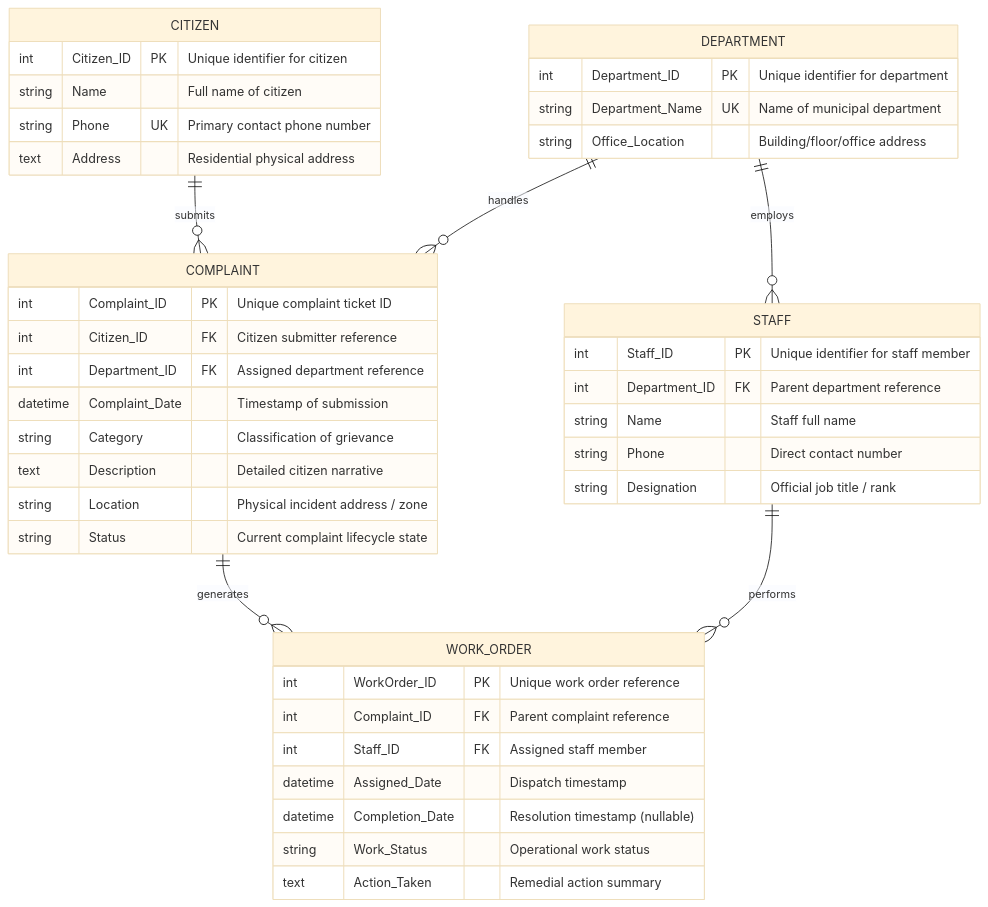
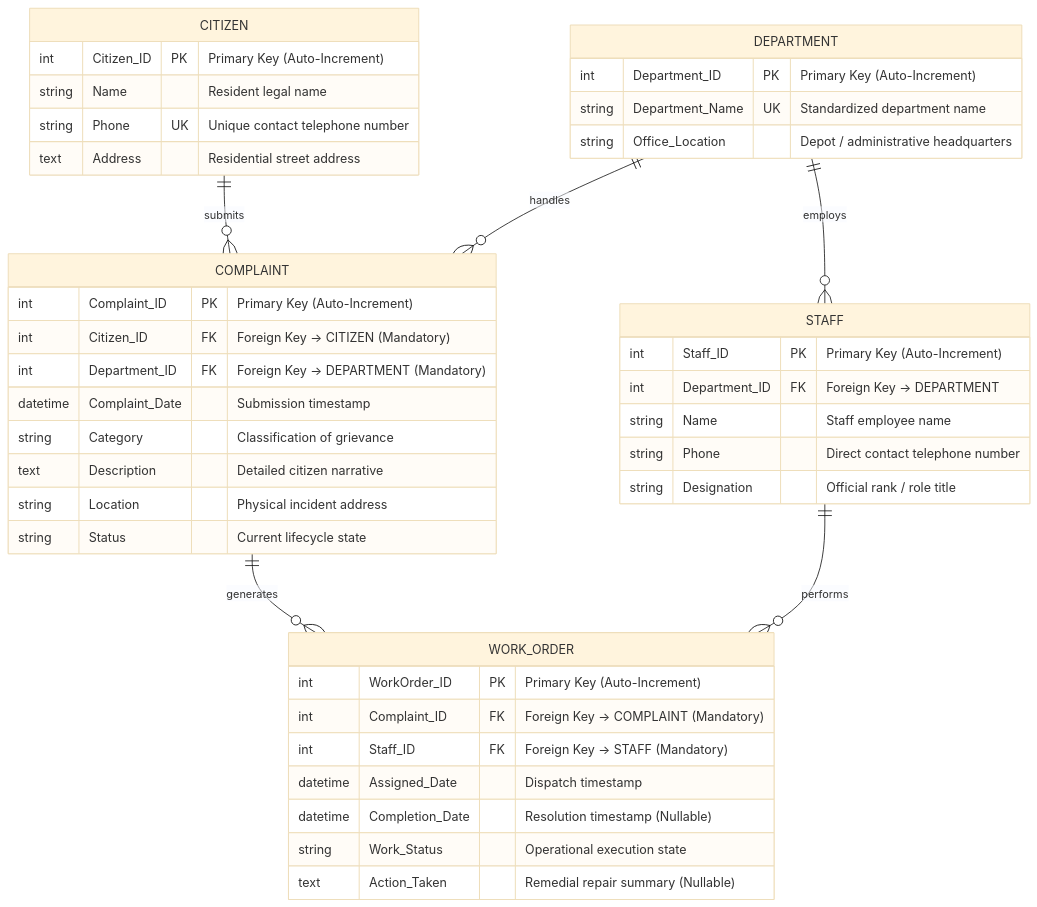
The first of 8 diagrams in docs/diagrams/README.md (Arish026/municipal-complaint-system), drawn with Mermaid (base theme) before and after one commit. The commit also changed other lines of this file and 5 other files, not shown here.

Commit message:
docs(diagrams): align ERD, DFD L0-L2, and Semantic Net with Dr. S. M. Khalid Chapter 4 standards

````diff
--- a/docs/diagrams/README.md
+++ b/docs/diagrams/README.md
@@ -49,50 +54,50 @@
 ```mermaid
 erDiagram
     CITIZEN ||--o{ COMPLAINT : "submits"
     DEPARTMENT ||--o{ COMPLAINT : "handles"
     DEPARTMENT ||--o{ STAFF : "employs"
     STAFF ||--o{ WORK_ORDER : "performs"
     COMPLAINT ||--o{ WORK_ORDER : "generates"
 
     CITIZEN {
-        int Citizen_ID PK "Unique identifier for citizen"
-        string Name "Full name of citizen"
-        string Phone UK "Primary contact phone number"
-        text Address "Residential physical address"
+        int Citizen_ID PK "Primary Key (Auto-Increment)"
+        string Name "Resident legal name"
+        string Phone UK "Unique contact telephone number"
+        text Address "Residential street address"
     }
 
     DEPARTMENT {
-        int Department_ID PK "Unique identifier for department"
-        string Department_Name UK "Name of municipal department"
-        string Office_Location "Building/floor/office address"
+        int Department_ID PK "Primary Key (Auto-Increment)"
+        string Department_Name UK "Standardized department name"
+        string Office_Location "Depot / administrative headquarters"
     }
 
     STAFF {
-        int Staff_ID PK "Unique identifier for staff member"
-        int Department_ID FK "Parent department reference"
-        string Name "Staff full name"
-        string Phone "Direct contact number"
-        string Designation "Official job title / rank"
+        int Staff_ID PK "Primary Key (Auto-Increment)"
+        int Department_ID FK "Foreign Key -> DEPARTMENT"
+        string Name "Staff employee name"
+        string Phone "Direct contact telephone number"
+        string Designation "Official rank / role title"
     }
 
     COMPLAINT {
-        int Complaint_ID PK "Unique complaint ticket ID"
-        int Citizen_ID FK "Citizen submitter reference"
-        int Department_ID FK "Assigned department reference"
-        datetime Complaint_Date "Timestamp of submission"
+        int Complaint_ID PK "Primary Key (Auto-Increment)"
+        int Citizen_ID FK "Foreign Key -> CITIZEN (Mandatory)"
+        int Department_ID FK "Foreign Key -> DEPARTMENT (Mandatory)"
+        datetime Complaint_Date "Submission timestamp"
         string Category "Classification of grievance"
         text Description "Detailed citizen narrative"
-        string Location "Physical incident address / zone"
-        string Status "Current complaint lifecycle state"
+        string Location "Physical incident address"
+        string Status "Current lifecycle state"
     }
 
     WORK_ORDER {
-        int WorkOrder_ID PK "Unique work order reference"
-        int Complaint_ID FK "Parent complaint reference"
-        int Staff_ID FK "Assigned staff member"
+        int WorkOrder_ID PK "Primary Key (Auto-Increment)"
+        int Complaint_ID FK "Foreign Key -> COMPLAINT (Mandatory)"
+        int Staff_ID FK "Foreign Key -> STAFF (Mandatory)"
         datetime Assigned_Date "Dispatch timestamp"
-        datetime Completion_Date "Resolution timestamp (nullable)"
-        string Work_Status "Operational work status"
-        text Action_Taken "Remedial action summary"
+        datetime Completion_Date "Resolution timestamp (Nullable)"
+        string Work_Status "Operational execution state"
+        text Action_Taken "Remedial repair summary (Nullable)"
     }
 ```
````
